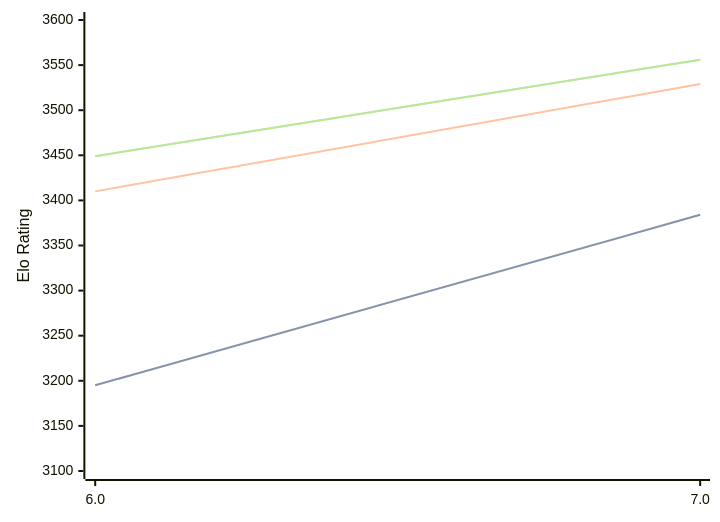
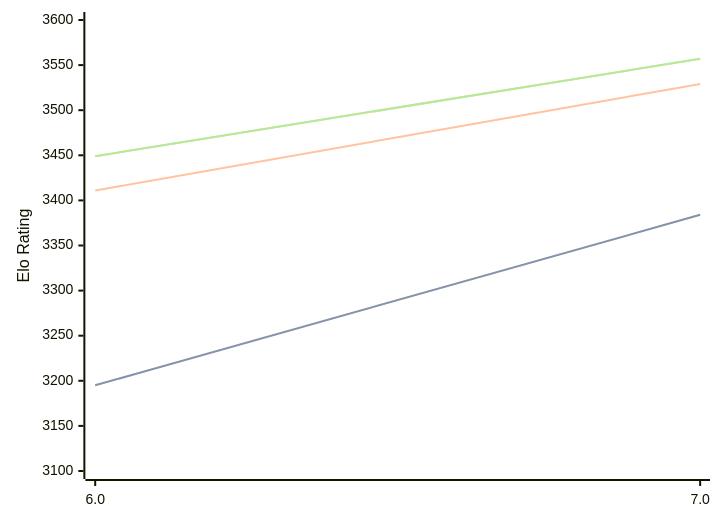
One commit to computer-chess-index/cci changed the diagram in engines/Devre.md. Above: the diagram before and after it, drawn with Mermaid. The commit also changed other lines of this file, not shown here.

Commit message:
Update CCI Ratings (ELO VLTC) - 2026-10-02

````diff
--- a/engines/Devre.md
+++ b/engines/Devre.md
@@ -32,11 +32,11 @@
 ```mermaid
 %%{init: {"theme":"base","themeVariables":{"seriesColors:['#a3a3a3','#222221','#faa371']}}}%%
 xychart-beta
   x-axis ["6.0", "7.0"]
   y-axis "Elo Rating" 3100 --> 3600
   line "" [3195, 3384]
   line "STC (8.0+0.08s)" [3195, 3384]
-  line "LTC (60.0+0.60s)" [3410, 3529]
-  line "" [3449, 3556]
-  line "VLTC (2m24s+1.12s)" [3449, 3556]
+  line "LTC (60.0+0.60s)" [3411, 3529]
+  line "" [3449, 3557]
+  line "VLTC (2m24s+1.12s)" [3449, 3557]
 ```
````
